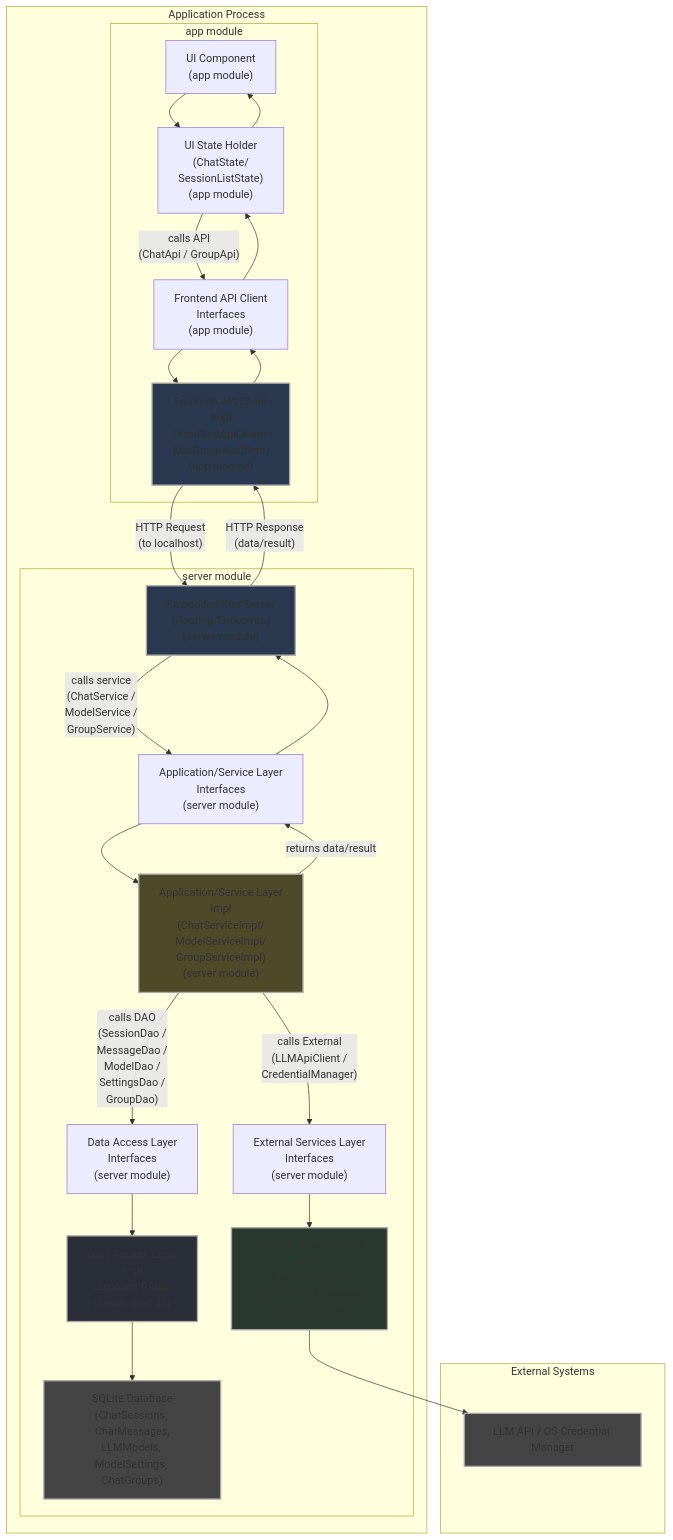
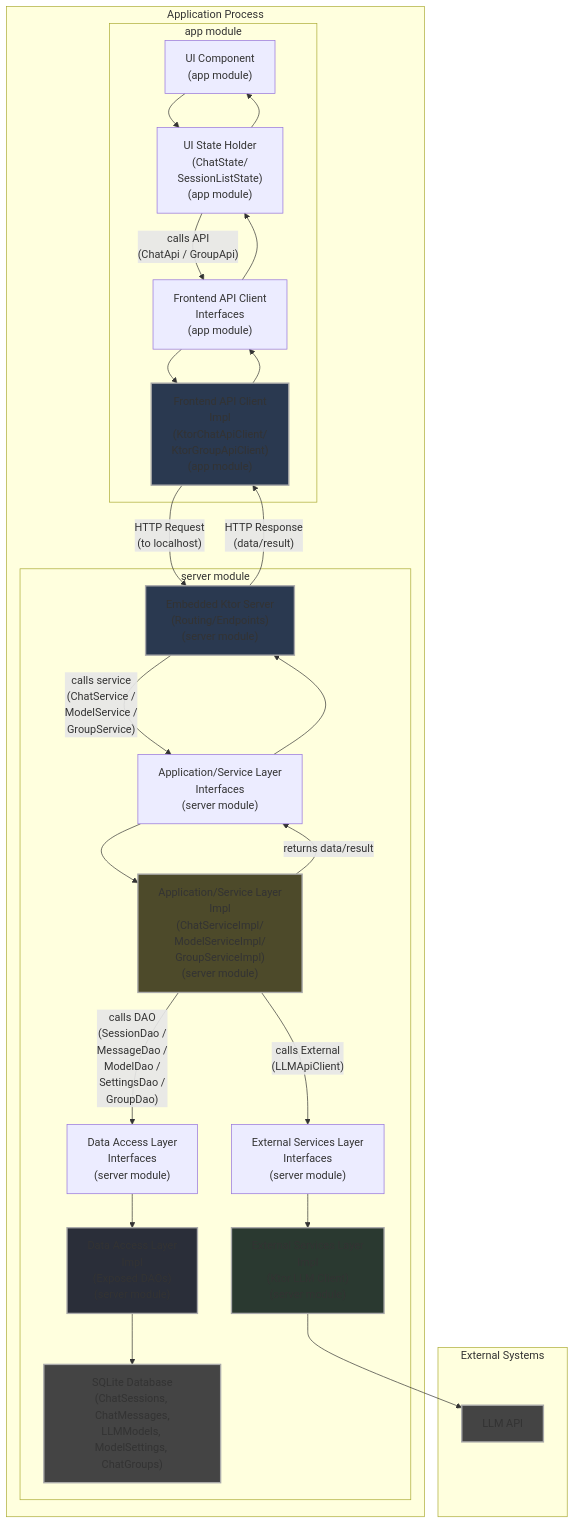
One commit to Torvian-eu/chatbot changed the diagram in docs/Architectural Definition v1.1.md. Above: the diagram before and after it, drawn with Mermaid. The commit also changed other lines of this file and 6 other files, not shown here.

````diff
--- a/docs/Architectural Definition v1.1.md
+++ b/docs/Architectural Definition v1.1.md
@@ -715,60 +763,60 @@
 ```mermaid
 graph TD
 A["UI Component<br>(app module)"] --> B["UI State Holder<br>(ChatState/<br>SessionListState)<br>(app module)"]
 
 B -- calls API<br>(ChatApi / GroupApi) --> C["Frontend API Client<br>Interfaces<br>(app module)"]
 
 C --> D["Frontend API Client<br>Impl<br>(KtorChatApiClient/<br>KtorGroupApiClient)<br>(app module)"]
 
 D -- HTTP Request<br>(to localhost) --> E["Embedded Ktor Server<br>(Routing/Endpoints)<br>(server module)"]
 
 E -- calls service<br>(ChatService /<br>ModelService /<br>GroupService) --> F["Application/Service Layer<br>Interfaces<br>(server module)"]
 
 F --> G["Application/Service Layer<br>Impl<br>(ChatServiceImpl/<br>ModelServiceImpl/<br>GroupServiceImpl)<br>(server module)"]
 
 G -- calls DAO<br>(SessionDao /<br>MessageDao /<br>ModelDao /<br>SettingsDao /<br>GroupDao) --> H["Data Access Layer<br>Interfaces<br>(server module)"]
 
-G -- calls External<br>(LLMApiClient /<br>CredentialManager) --> I["External Services Layer<br>Interfaces<br>(server module)"]
+G -- calls External<br>(LLMApiClient) --> I["External Services Layer<br>Interfaces<br>(server module)"]
 
 H --> J["Data Access Layer<br>Impl<br>(Exposed DAOs)<br>(server module)"]
 
-I --> K["External Services Layer<br>Impl<br>(Ktor LLM Client/<br>OS Credential Manager)<br>(server module)"]
+I --> K["External Services Layer<br>Impl<br>(Ktor LLM Client)<br>(server module)"]
 
 J --> L["SQLite Database<br>(ChatSessions, ChatMessages,<br>LLMModels, ModelSettings, ChatGroups)"]
 
-K --> M["LLM API / OS Credential Manager"]
+K --> M["LLM API"]
 
 G -- returns data/result --> F
 F --> E -- HTTP Response<br>(data/result) --> D
 D --> C --> B --> A
 
 subgraph "Application Process"
 subgraph "app module"
 A
 B
 C
 D
 end
 subgraph "server module"
 E
 F
 G
 H
 I
 J
 K
 L
 end
 end
 subgraph "External Systems"
 M
 end
 
 style E fill:#2a3950,stroke:#aaa,stroke-width:2px
 style D fill:#2a3950,stroke:#aaa,stroke-width:2px
 style G fill:#4d4a2a,stroke:#aaa,stroke-width:2px
 style J fill:#2a2e39,stroke:#aaa,stroke-width:2px
 style K fill:#2a3930,stroke:#aaa,stroke-width:2px
 style L fill:#444,stroke:#aaa,stroke-width:2px
 style M fill:#444,stroke:#aaa,stroke-width:2px
 ```
````
